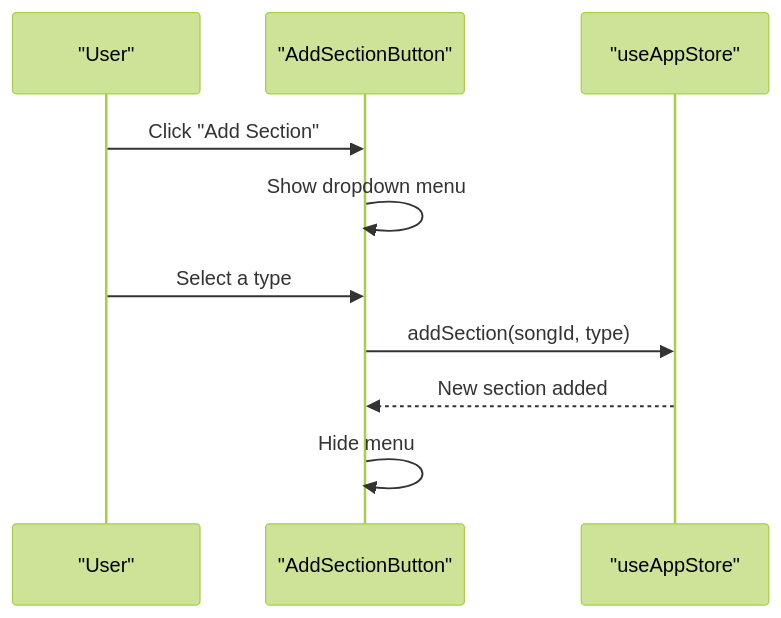
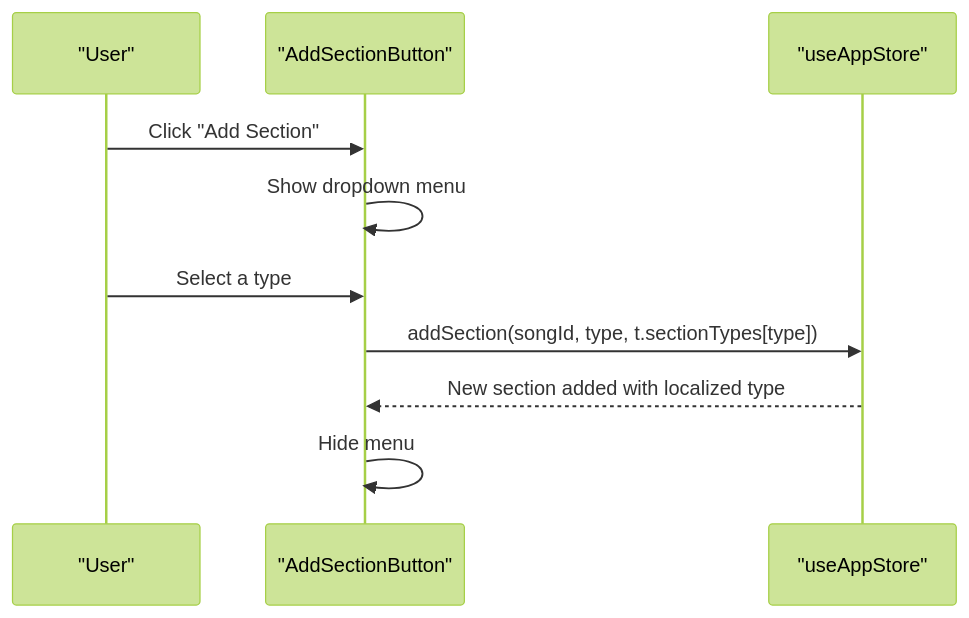
The fifth of 9 diagrams in .qoder/repowiki/en/content/User Interface Components/Editor Panel Component.md (jimmywyk/lyricdeck), drawn with Mermaid (forest theme) before and after one commit. The commit also changed other lines of this file and 11 other files, not shown here.

````diff
--- a/.qoder/repowiki/en/content/User Interface Components/Editor Panel Component.md
+++ b/.qoder/repowiki/en/content/User Interface Components/Editor Panel Component.md
@@ -197,12 +216,12 @@
 ```mermaid
 sequenceDiagram
 participant User as "User"
 participant Button as "AddSectionButton"
 participant Store as "useAppStore"
 User->>Button : Click "Add Section"
 Button->>Button : Show dropdown menu
 User->>Button : Select a type
-Button->>Store : addSection(songId, type)
-Store-->>Button : New section added
+Button->>Store : addSection(songId, type, t.sectionTypes[type])
+Store-->>Button : New section added with localized type
 Button->>Button : Hide menu
 ```
````
